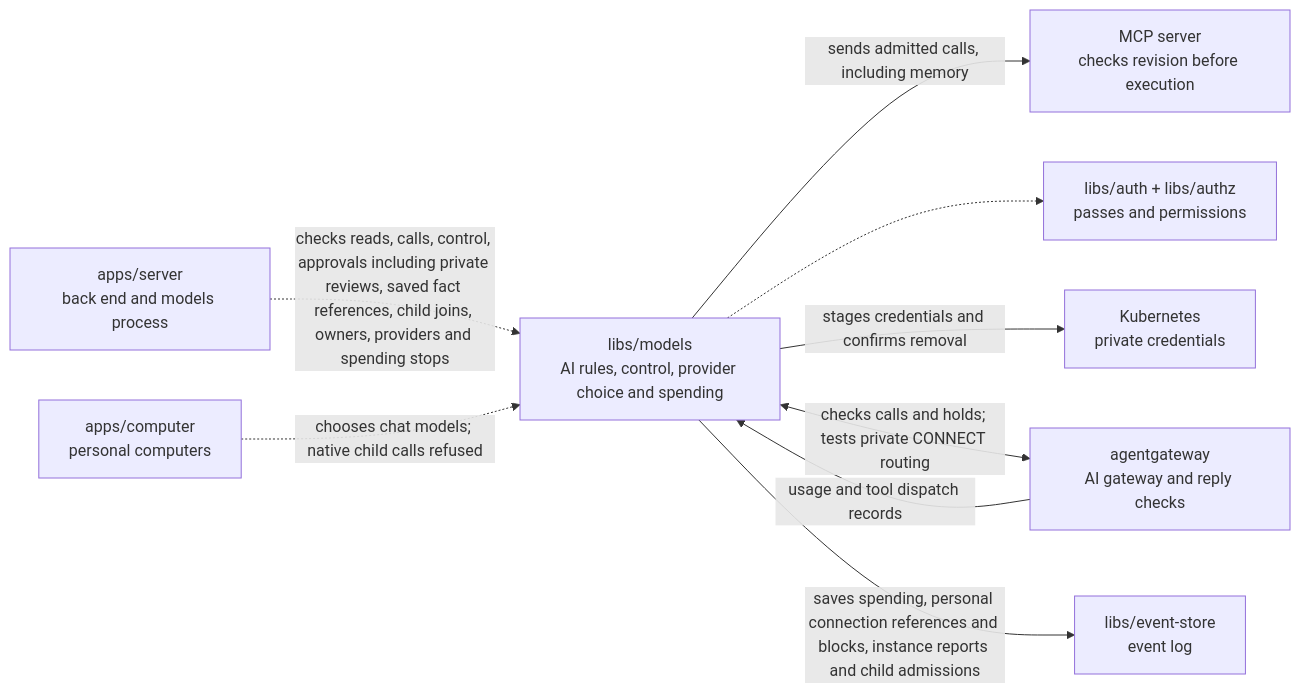
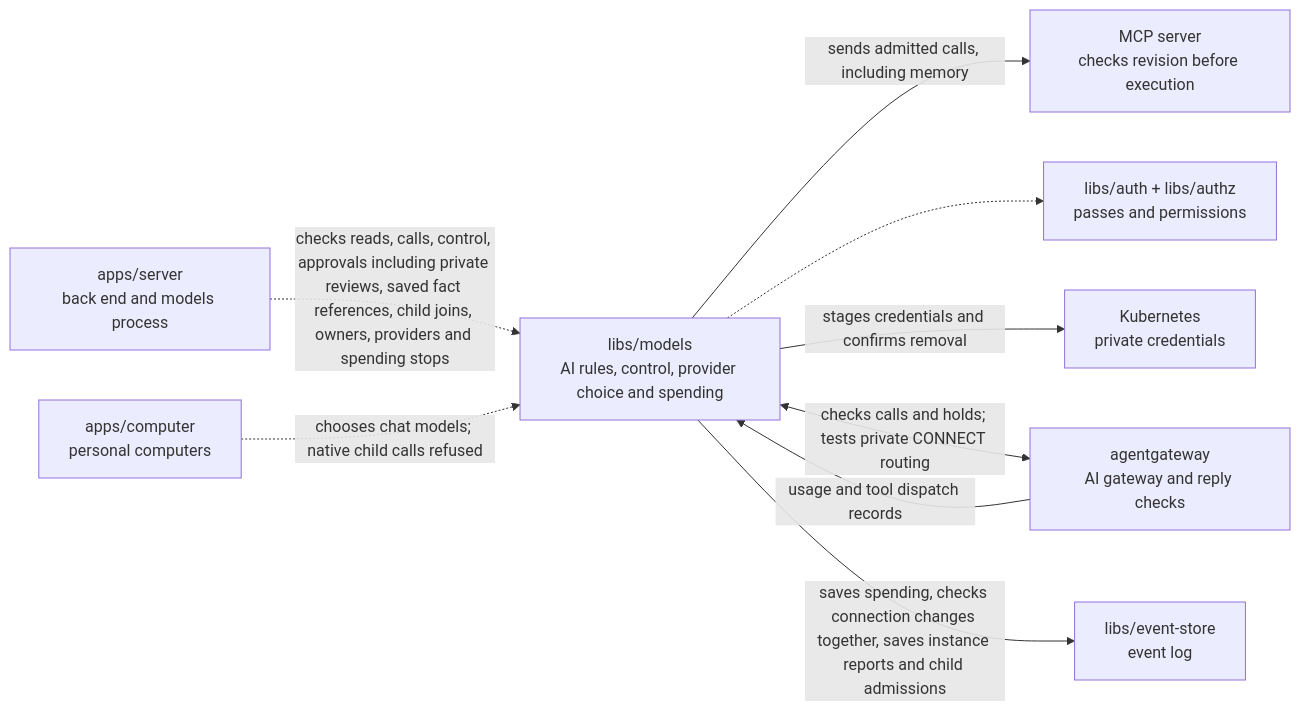
One commit to elewa-git/opencrane-new changed the diagram in libs/models/README.md. Above: the diagram before and after it, drawn with Mermaid. The commit also changed other lines of this file and 4 other files, not shown here.

Commit message:
🔒 Make admin blocks defeat concurrent bearer saves

````diff
--- a/libs/models/README.md
+++ b/libs/models/README.md
@@ -14,11 +14,11 @@
 ```mermaid
 flowchart LR
   server["apps/server<br/>back end and models process"] -.->|checks reads, calls, control, approvals including private reviews, saved fact references, child joins, owners, providers and spending stops| models["libs/models<br/>AI rules, control, provider choice and spending"]
   models -->|sends admitted calls, including memory| mcp["MCP server<br/>checks revision before execution"]
   computer["apps/computer<br/>personal computers"] -.->|chooses chat models; native child calls refused| models
   models -.-> auth["libs/auth + libs/authz<br/>passes and permissions"]
   models -->|stages credentials and confirms removal| custody["Kubernetes<br/>private credentials"]
   models <-->|checks calls and holds; tests private CONNECT routing| gateway["agentgateway<br/>AI gateway and reply checks"]
   gateway -->|usage and tool dispatch records| models
-  models -->|saves spending, personal connection references and blocks, instance reports and child admissions| store["libs/event-store<br/>event log"]
+  models -->|saves spending, checks connection changes together, saves instance reports and child admissions| store["libs/event-store<br/>event log"]
 ```
````
